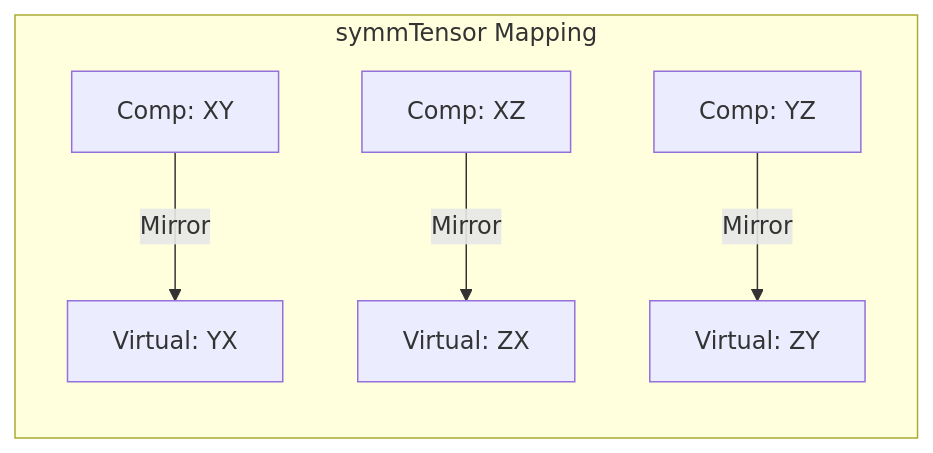
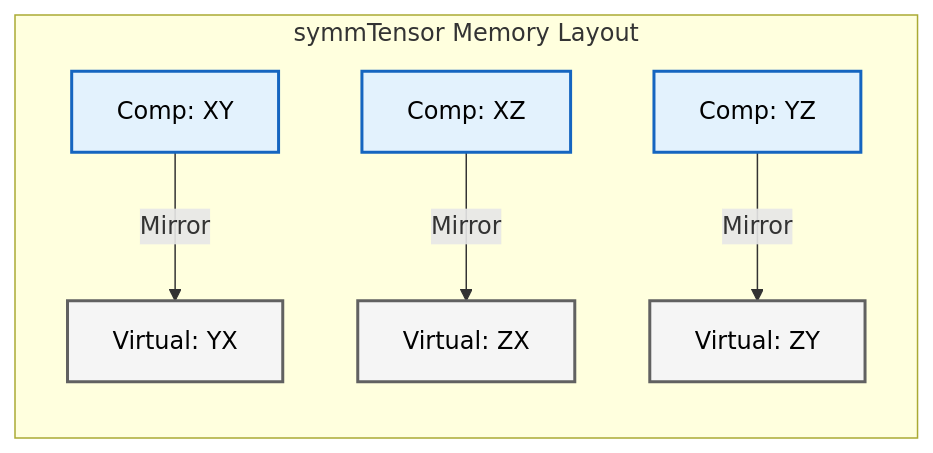
Before and after one commit to wramet/build-my-cfd: the diagram in MODULE_05_OPENFOAM_PROGRAMMING/CONTENT/11_TENSOR_ALGEBRA/03_Storage_and_Symmetry.md, drawn with Mermaid. The commit also changed 313 other files, not shown here.

Commit message:
Revise all diagram

````diff
--- a/MODULE_05_OPENFOAM_PROGRAMMING/CONTENT/11_TENSOR_ALGEBRA/03_Storage_and_Symmetry.md
+++ b/MODULE_05_OPENFOAM_PROGRAMMING/CONTENT/11_TENSOR_ALGEBRA/03_Storage_and_Symmetry.md
@@ -12,8 +12,13 @@
 ```mermaid
 flowchart LR
-    subgraph "symmTensor Mapping"
-        XY[Comp: XY] -->|"Mirror"| YX[Virtual: YX]
-        XZ[Comp: XZ] -->|"Mirror"| ZX[Virtual: ZX]
-        YZ[Comp: YZ] -->|"Mirror"| ZY[Virtual: ZY]
-    end
+%% Classes
+classDef implicit fill:#e3f2fd,stroke:#1565c0,stroke-width:2px,color:#000
+classDef context fill:#f5f5f5,stroke:#616161,stroke-width:2px,color:#000
+
+subgraph symmTensor["symmTensor Memory Layout"]
+    direction TB
+    XY[Comp: XY]:::implicit -->|"Mirror"| YX[Virtual: YX]:::context
+    XZ[Comp: XZ]:::implicit -->|"Mirror"| ZX[Virtual: ZX]:::context
+    YZ[Comp: YZ]:::implicit -->|"Mirror"| ZY[Virtual: ZY]:::context
+end
 ```
````
